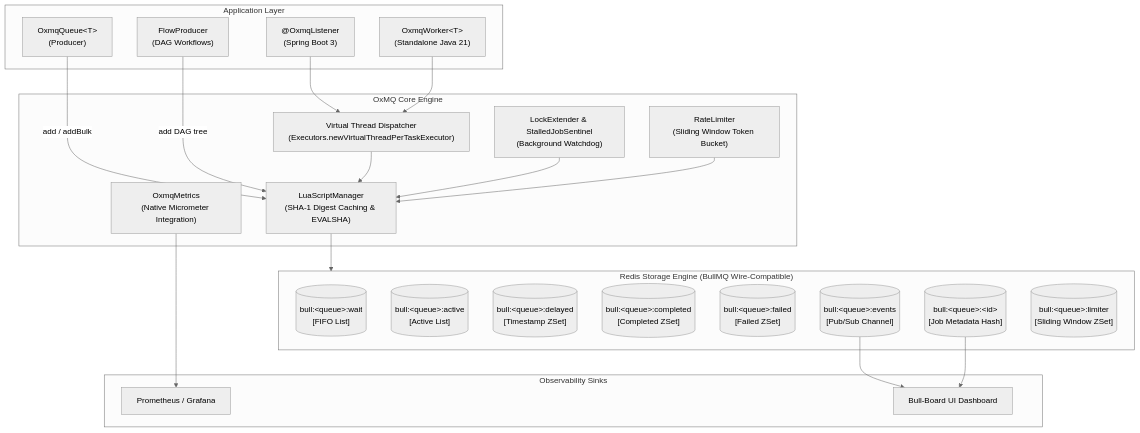
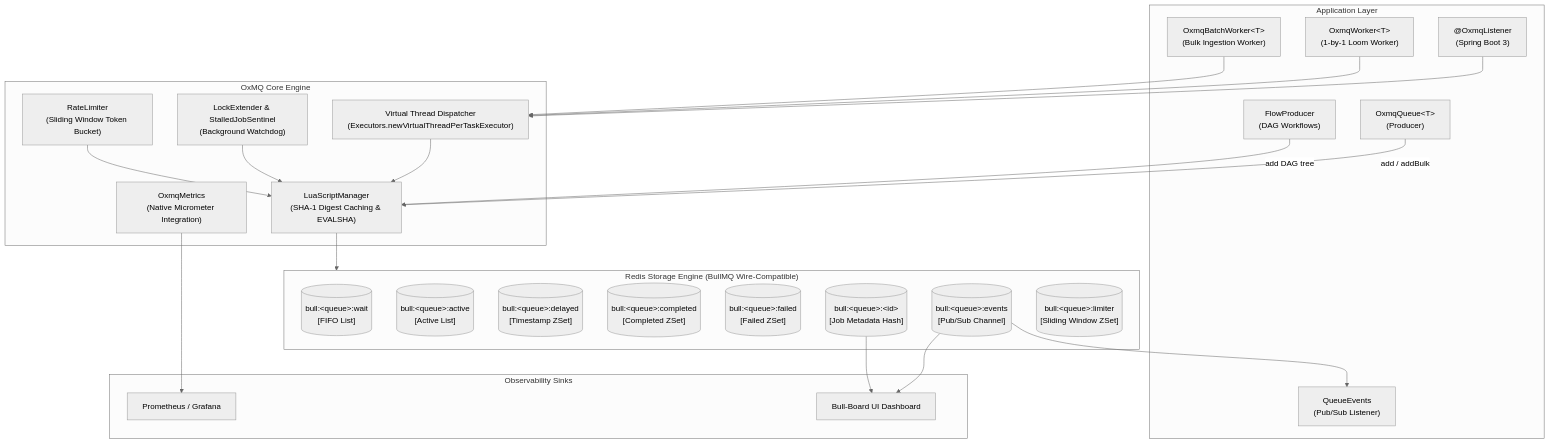
Before and after one commit to gaurav10610/oxmq: the first of 6 diagrams in docs/ARCHITECTURE.md, drawn with Mermaid (neutral theme). The commit also changed other lines of this file and 3 other files, not shown here.

First line of the commit message:
docs: ground documentation, optimize for SEO, and update architecture/roadmap

````diff
--- a/docs/ARCHITECTURE.md
+++ b/docs/ARCHITECTURE.md
@@ -15,47 +16,51 @@
 ```mermaid
 graph TB
     subgraph AppLayer["Application Layer"]
         Producer["OxmqQueue&lt;T&gt;<br/>(Producer)"]
         Flow["FlowProducer<br/>(DAG Workflows)"]
         SpringWorker["@OxmqListener<br/>(Spring Boot 3)"]
-        CoreWorker["OxmqWorker&lt;T&gt;<br/>(Standalone Java 21)"]
+        CoreWorker["OxmqWorker&lt;T&gt;<br/>(1-by-1 Loom Worker)"]
+        BatchWorker["OxmqBatchWorker&lt;T&gt;<br/>(Bulk Ingestion Worker)"]
+        Events["QueueEvents<br/>(Pub/Sub Listener)"]
     end
 
     subgraph OxmqCore["OxMQ Core Engine"]
         LoomDispatcher["Virtual Thread Dispatcher<br/>(Executors.newVirtualThreadPerTaskExecutor)"]
         LockWatchdog["LockExtender &amp; StalledJobSentinel<br/>(Background Watchdog)"]
         RateLimit["RateLimiter<br/>(Sliding Window Token Bucket)"]
         MetricsEngine["OxmqMetrics<br/>(Native Micrometer Integration)"]
         LuaManager["LuaScriptManager<br/>(SHA-1 Digest Caching &amp; EVALSHA)"]
     end
 
     subgraph RedisStorage["Redis Storage Engine (BullMQ Wire-Compatible)"]
         WaitList[("bull:&lt;queue&gt;:wait<br/>[FIFO List]")]
         ActiveList[("bull:&lt;queue&gt;:active<br/>[Active List]")]
         DelayedZSet[("bull:&lt;queue&gt;:delayed<br/>[Timestamp ZSet]")]
         CompletedZSet[("bull:&lt;queue&gt;:completed<br/>[Completed ZSet]")]
         FailedZSet[("bull:&lt;queue&gt;:failed<br/>[Failed ZSet]")]
         JobHashes[("bull:&lt;queue&gt;:&lt;id&gt;<br/>[Job Metadata Hash]")]
         EventsPubSub[("bull:&lt;queue&gt;:events<br/>[Pub/Sub Channel]")]
         LimiterKey[("bull:&lt;queue&gt;:limiter<br/>[Sliding Window ZSet]")]
     end
 
     subgraph TelemetrySink["Observability Sinks"]
         Prometheus["Prometheus / Grafana"]
         BullBoardUI["Bull-Board UI Dashboard"]
     end
 
     Producer -->|add / addBulk| LuaManager
     Flow -->|add DAG tree| LuaManager
     SpringWorker --> LoomDispatcher
     CoreWorker --> LoomDispatcher
+    BatchWorker --> LoomDispatcher
 
     LoomDispatcher --> LuaManager
     LockWatchdog --> LuaManager
     RateLimit --> LuaManager
 
     LuaManager --> RedisStorage
     MetricsEngine --> Prometheus
+    EventsPubSub --> Events
     EventsPubSub --> BullBoardUI
     JobHashes --> BullBoardUI
 ```
````
